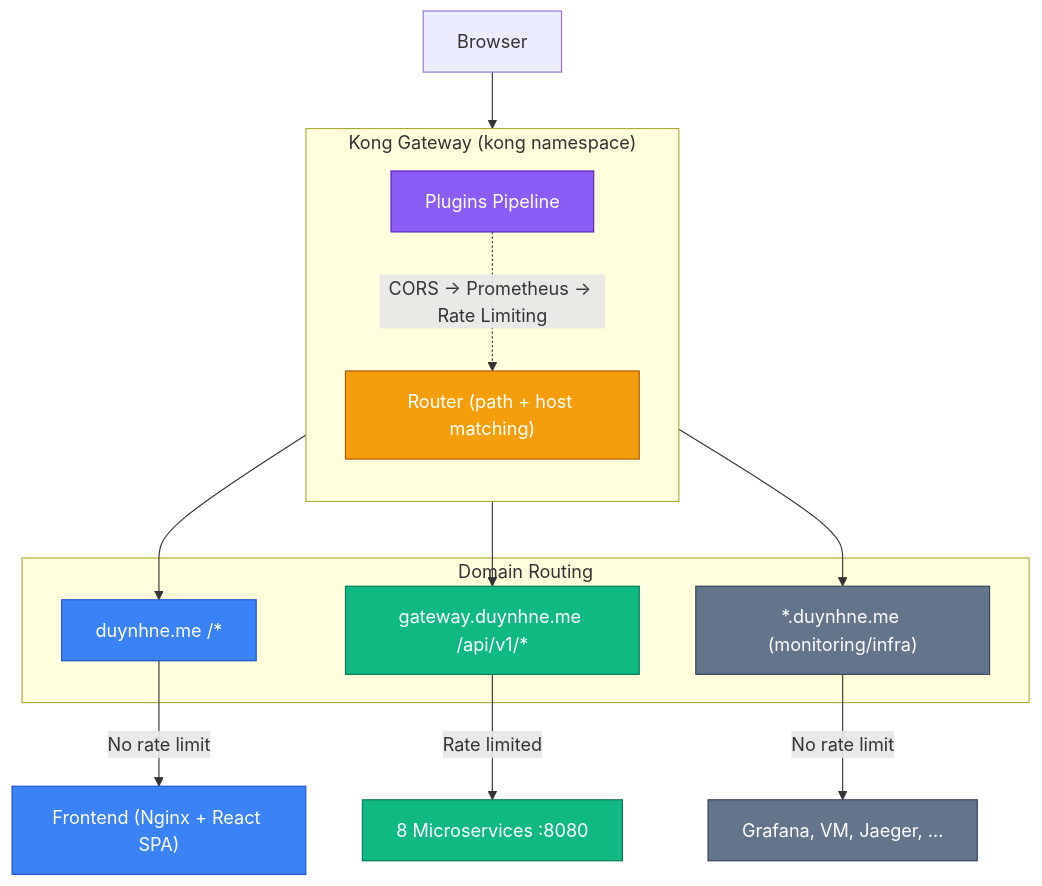
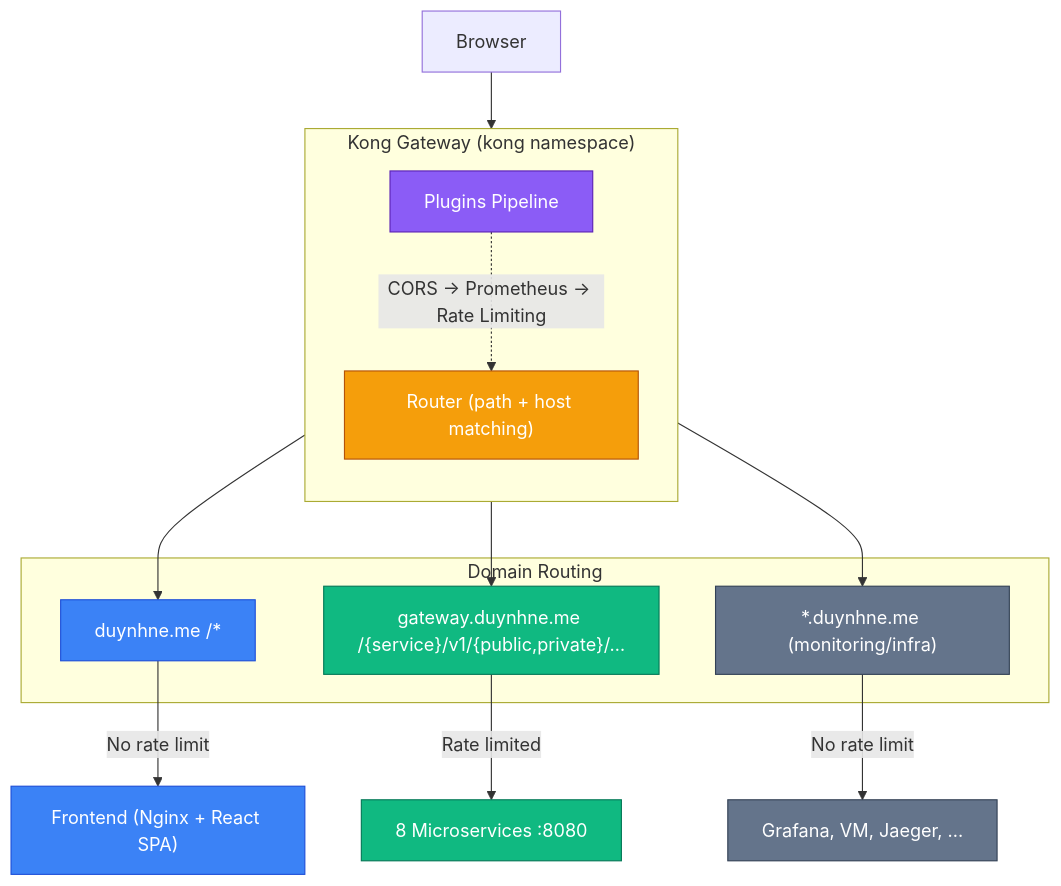
Before and after one commit to duynhlab/homelab: the first of 3 diagrams in docs/platform/kong-gateway.md, drawn with Mermaid. The commit also changed other lines of this file and 8 other files, not shown here.

````diff
--- a/docs/platform/kong-gateway.md
+++ b/docs/platform/kong-gateway.md
@@ -53,33 +53,33 @@
 ```mermaid
 flowchart TD
     classDef fe fill:#3b82f6,stroke:#1d4ed8,color:#fff
     classDef gw fill:#f59e0b,stroke:#b45309,color:#fff
     classDef api fill:#10b981,stroke:#047857,color:#fff
     classDef plugin fill:#8b5cf6,stroke:#5b21b6,color:#fff
     classDef infra fill:#64748b,stroke:#334155,color:#fff
 
     Browser["Browser"]
 
     subgraph Kong["Kong Gateway (kong namespace)"]
         direction TB
         Plugins["Plugins Pipeline"]:::plugin
         Router["Router (path + host matching)"]:::gw
     end
 
     subgraph Domains["Domain Routing"]
         FERoute["duynhne.me /*"]:::fe
-        APIRoute["gateway.duynhne.me /api/v1/*"]:::api
+        APIRoute["gateway.duynhne.me /{service}/v1/{public,private}/…"]:::api
         MonRoute["*.duynhne.me (monitoring/infra)"]:::infra
     end
 
     Browser --> Kong
     Kong --> FERoute
     Kong --> APIRoute
     Kong --> MonRoute
 
     FERoute -->|"No rate limit"| FE["Frontend (Nginx + React SPA)"]:::fe
     APIRoute -->|"Rate limited"| APIs["8 Microservices :8080"]:::api
     MonRoute -->|"No rate limit"| Infra["Grafana, VM, Jaeger, ..."]:::infra
 
     Plugins -.->|"CORS → Prometheus → Rate Limiting"| Router
 ```
````
